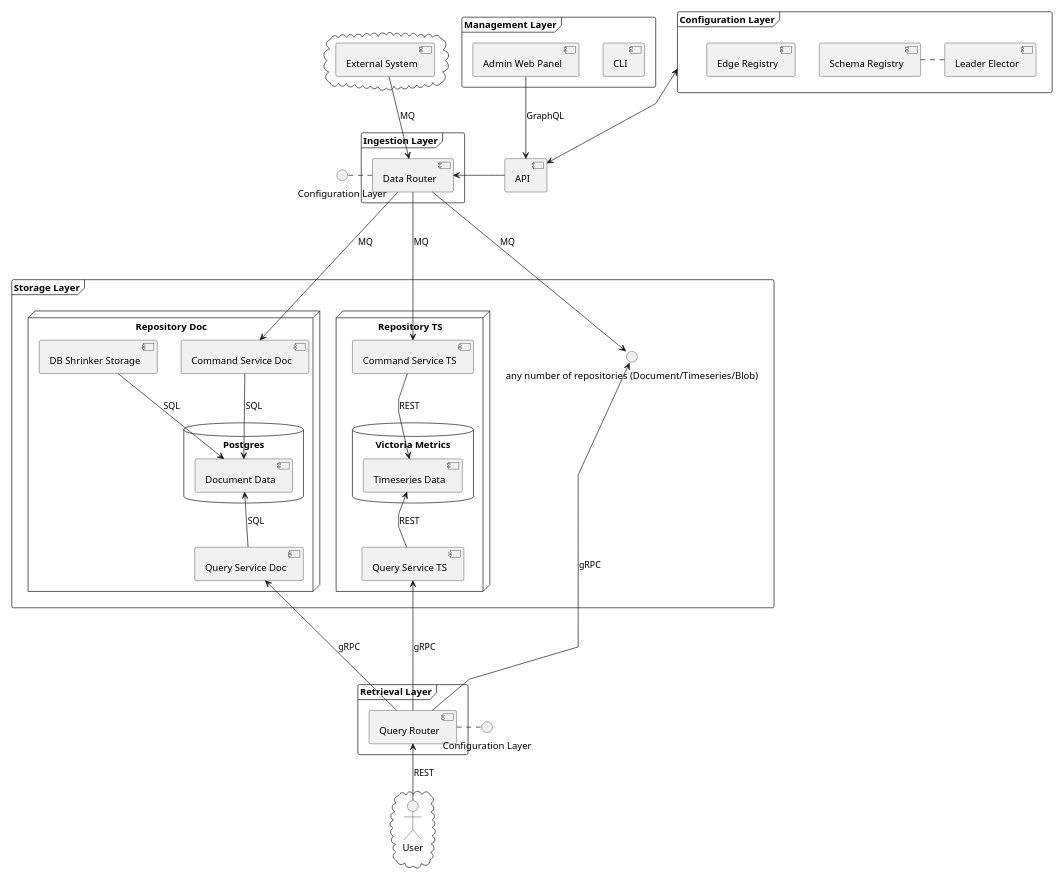
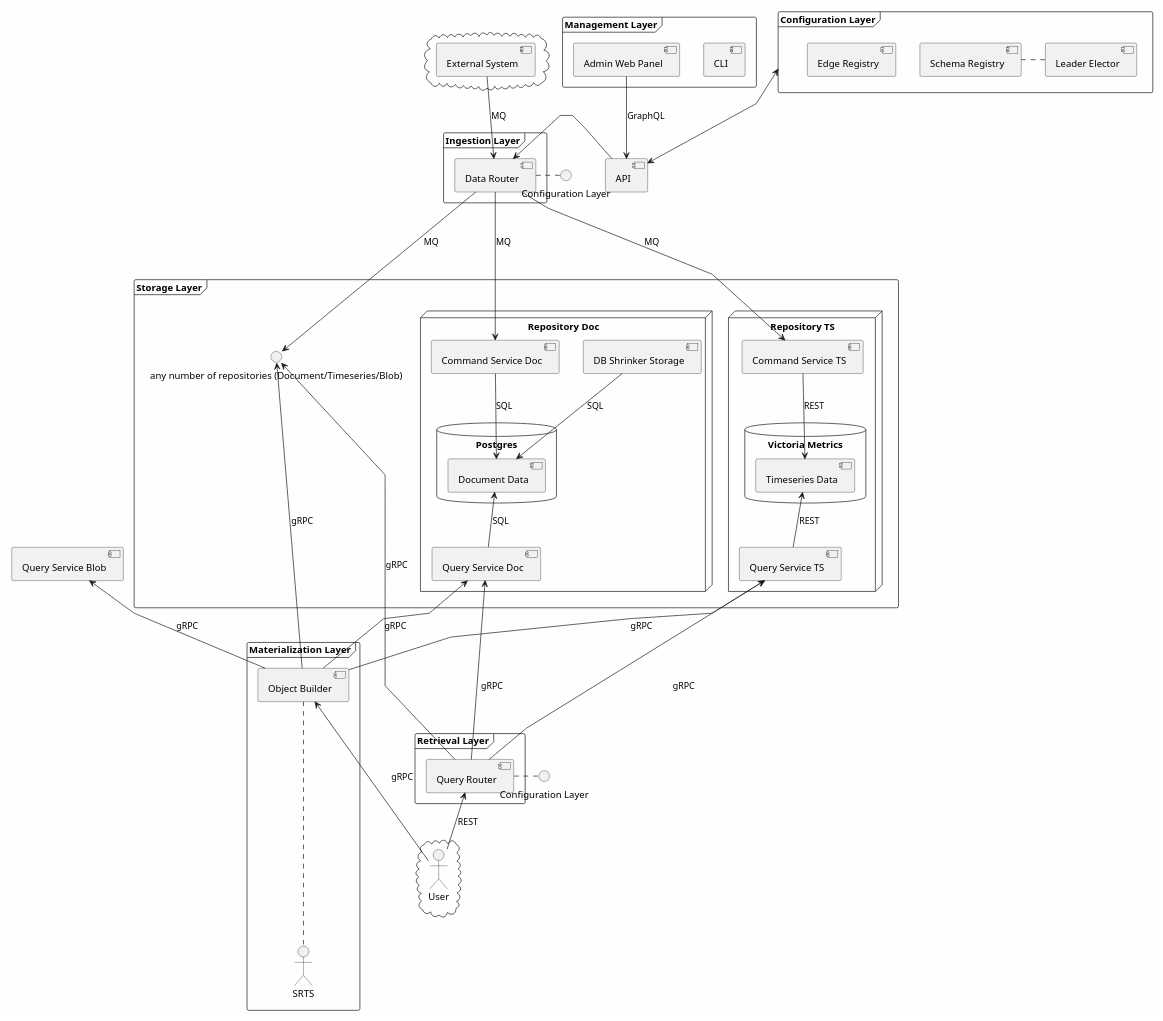
Before and after one commit to pyrkamarcin/CommonDataLayer: the diagram in docs/architecture/graphs/cdl.puml, drawn with PlantUML. The commit also changed 63 other files, not shown here.

Commit message:
feat: Object builder (#337)

```diff
--- a/docs/architecture/graphs/cdl.puml
+++ b/docs/architecture/graphs/cdl.puml
@@ -1,80 +1,89 @@
 @startuml
 skinparam linetype polyline
 skinparam backgroundColor #FEFEFE
 skinparam transparent false
 
 interface "Configuration Layer" as ConfIn
 interface "Configuration Layer" as ConfOut
 
 cloud {
   [External System]
 }
 
 frame "Management Layer" {
     [CLI]
     [Admin Web Panel]
 }
 
 [API] <-up-> [Configuration Layer]
 
 frame "Ingestion Layer" {
   API -left--> [Data Router]
   [Data Router] -left--. ConfIn
 }
 
 frame "Configuration Layer" {
   [Schema Registry]
   [Leader Elector] -left--. [Schema Registry]
   [Edge Registry]
 }
 
 frame "Storage Layer" {
     node "Repository Doc" {
       [Command Service Doc]
 
       database "Postgres" {
         [Document Data]
       }
 
       [DB Shrinker Storage]
 
       [Query Service Doc]
     }
 
     node "Repository TS" {
       [Command Service TS]
 
       database "Victoria Metrics" {
         [Timeseries Data]
       }
 
       [Query Service TS]
     }
 
 
     () "any number of repositories (Document/Timeseries/Blob)" as ANY
 }
 
+frame "Materialization Layer" {
+    [Object Builder] -down--. SRTS
+}
+
 frame "Retrieval Layer" {
   [Query Router] -right-. ConfOut
 }
 
 cloud {
   actor User
 }
 
 [Admin Web Panel] -down-> [API] : GraphQL
 [External System] -down-> [Data Router] : MQ
 [Data Router] -down--> [Command Service Doc] : MQ
 [Data Router] -down-> [Command Service TS] : MQ
 [Data Router] -down-> ANY : MQ
 [Command Service Doc] -down-> [Document Data] : SQL
 [Command Service TS] -down-> [Timeseries Data] : REST
 [DB Shrinker Storage] -down-> [Document Data] : SQL
 [Query Service Doc] -up-> [Document Data] : SQL
 [Query Service TS] -up-> [Timeseries Data] : REST
 [Query Router] -up--> [Query Service Doc] : gRPC
 [Query Router] -up-> [Query Service TS] : gRPC
 [Query Router] -up-> ANY : gRPC
+[Object Builder] -up-> [Query Service Doc]: gRPC
+[Object Builder] -up-> [Query Service TS]: gRPC
+[Object Builder] -up-> [Query Service Blob]: gRPC
+[Object Builder] -up-> ANY : gRPC
 User -up-> [Query Router] : REST
+User -up-> [Object Builder]: gRPC
 @enduml
```
